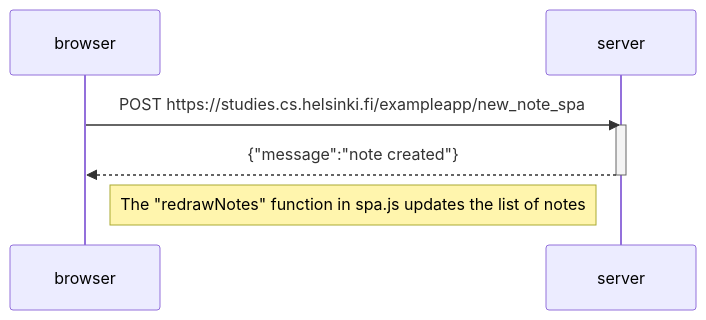
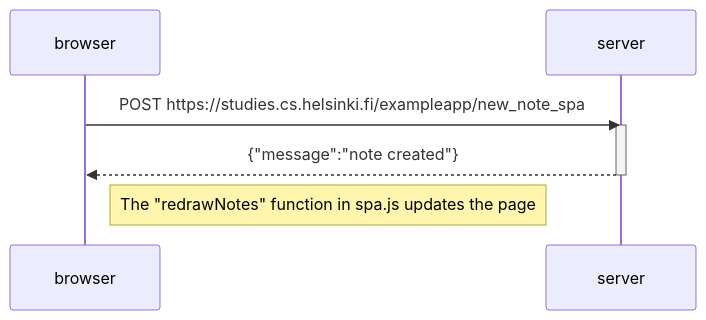
Before and after one commit to AaJii73/FullstackOpen: the diagram in Part_0/Ex_06.md, drawn with Mermaid. The commit also changed other lines of this file, not shown here.

````diff
--- a/Part_0/Ex_06.md
+++ b/Part_0/Ex_06.md
@@ -2,13 +2,13 @@
 ```mermaid
 sequenceDiagram
     participant browser
     participant server
 
 
     browser->>server: POST https://studies.cs.helsinki.fi/exampleapp/new_note_spa
     activate server
     server-->>browser: {"message":"note created"}
     deactivate server
-        Note right of browser: The "redrawNotes" function in spa.js updates the list of notes
+        Note right of browser: The "redrawNotes" function in spa.js updates the page
 
 ```
````
